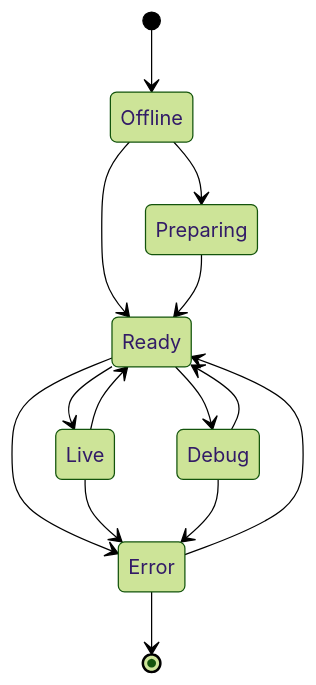
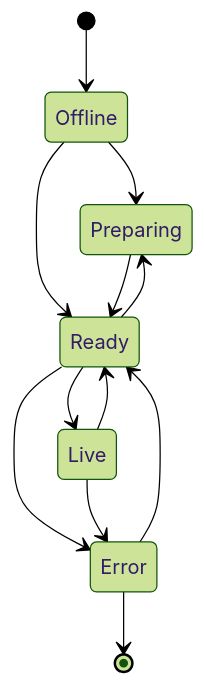
Before and after one commit to lightning-rmc/lightning: the diagram in docs/node.md, drawn with Mermaid (forest theme). The commit also changed other lines of this file, not shown here.

Commit message:
[doc]: updated node states and commands

````diff
--- a/docs/node.md
+++ b/docs/node.md
@@ -6,23 +6,20 @@
 ```mermaid
-stateDiagram
+stateDiagram-v2
     Offline
     Preparing
     Ready
     Live
-    Debug
     Error
 
     [*] --> Offline
     Offline --> Preparing
     Offline --> Ready
     Preparing --> Ready
-    Ready --> Debug
+    Ready --> Preparing
     Ready --> Live
     Ready --> Error
     Live --> Ready
     Live --> Error
     Error --> Ready
-    Debug --> Ready
-    Debug --> Error
     Error --> [*]
 ```
````
